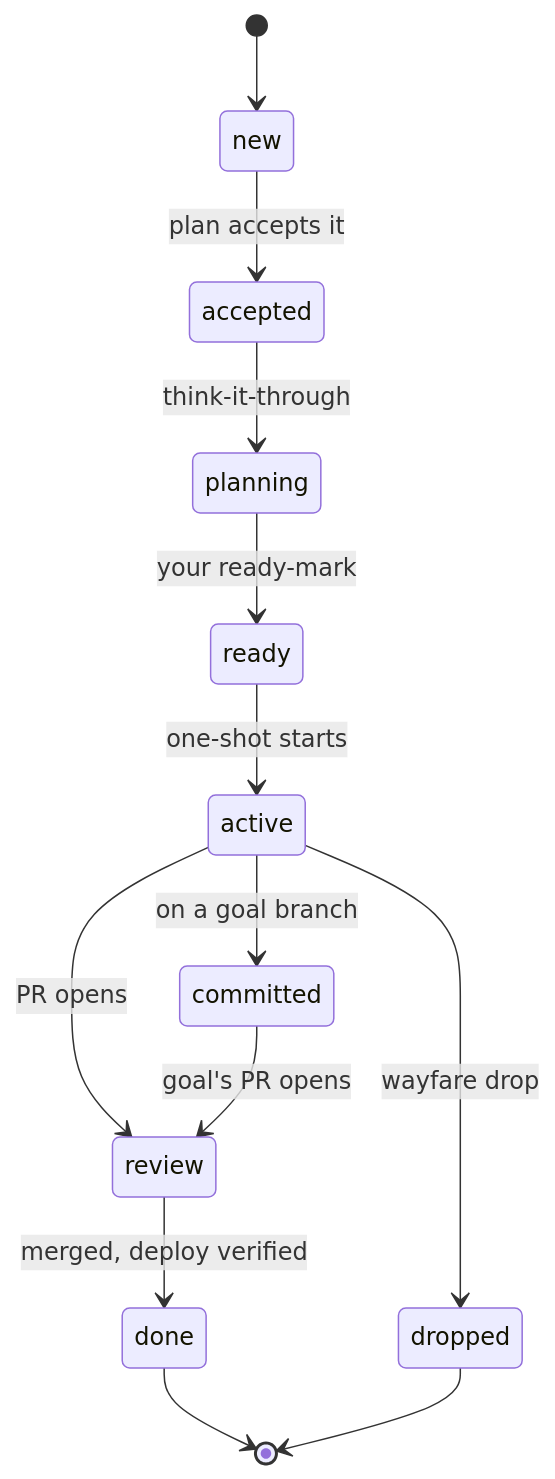
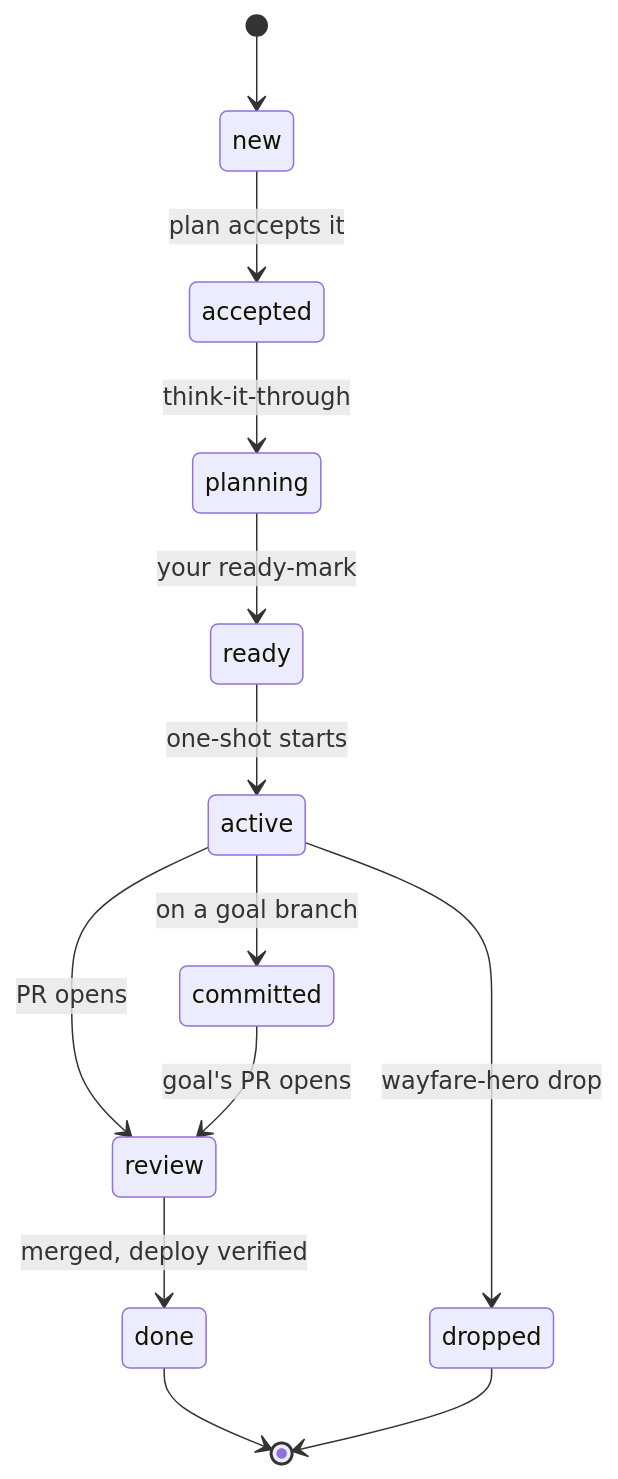
One commit to ai-hero/hero-skills changed the second of 4 diagrams in README.md. Above: the diagram before and after it, drawn with Mermaid. The commit also changed other lines of this file and 88 other files, not shown here.

````diff
--- a/README.md
+++ b/README.md
@@ -100,15 +100,15 @@
 ```mermaid
 stateDiagram-v2
   [*] --> new
   new --> accepted: plan accepts it
   accepted --> planning: think-it-through
   planning --> ready: your ready-mark
   ready --> active: one-shot starts
   active --> committed: on a goal branch
   active --> review: PR opens
   committed --> review: goal's PR opens
   review --> done: merged, deploy verified
-  active --> dropped: wayfare drop
+  active --> dropped: wayfare-hero drop
   done --> [*]
   dropped --> [*]
 ```
````
